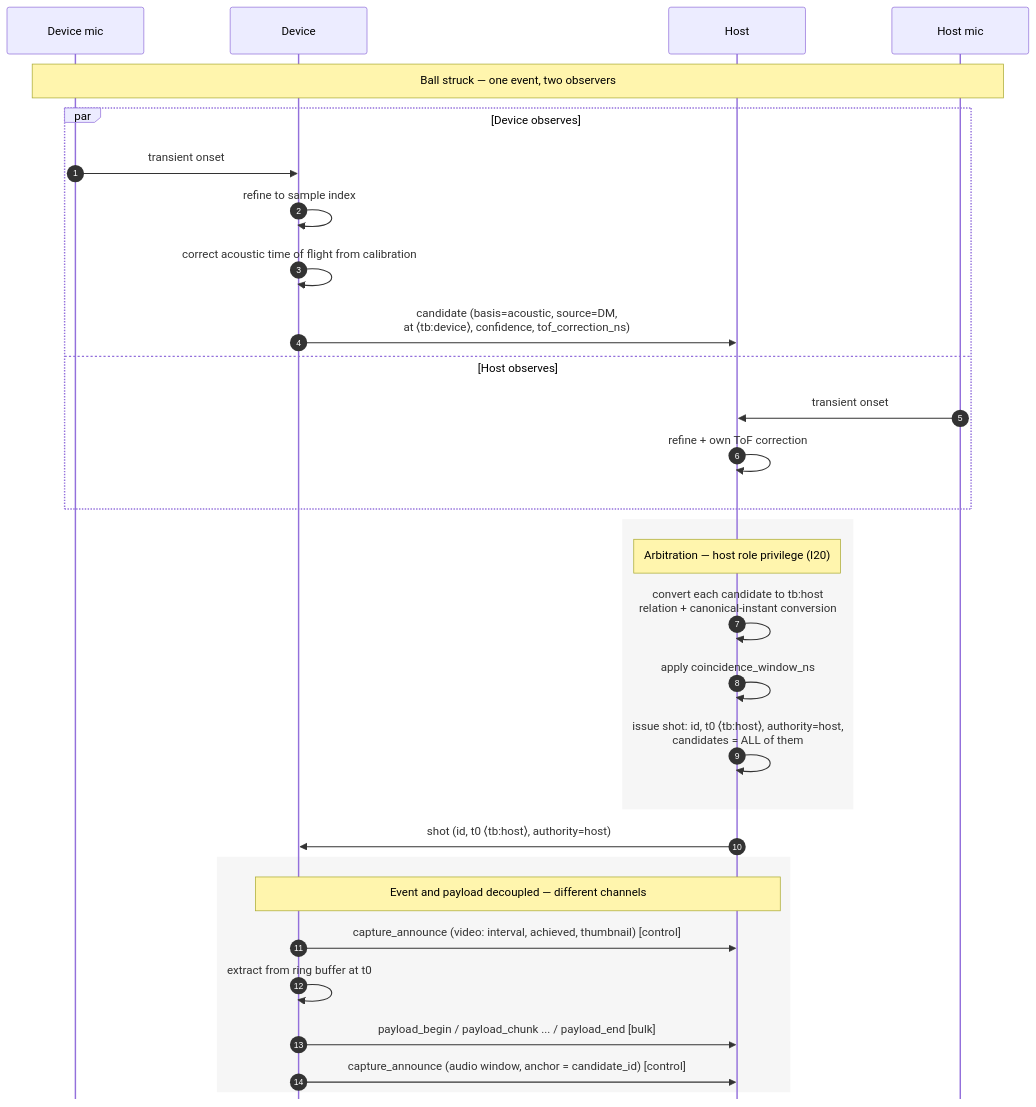
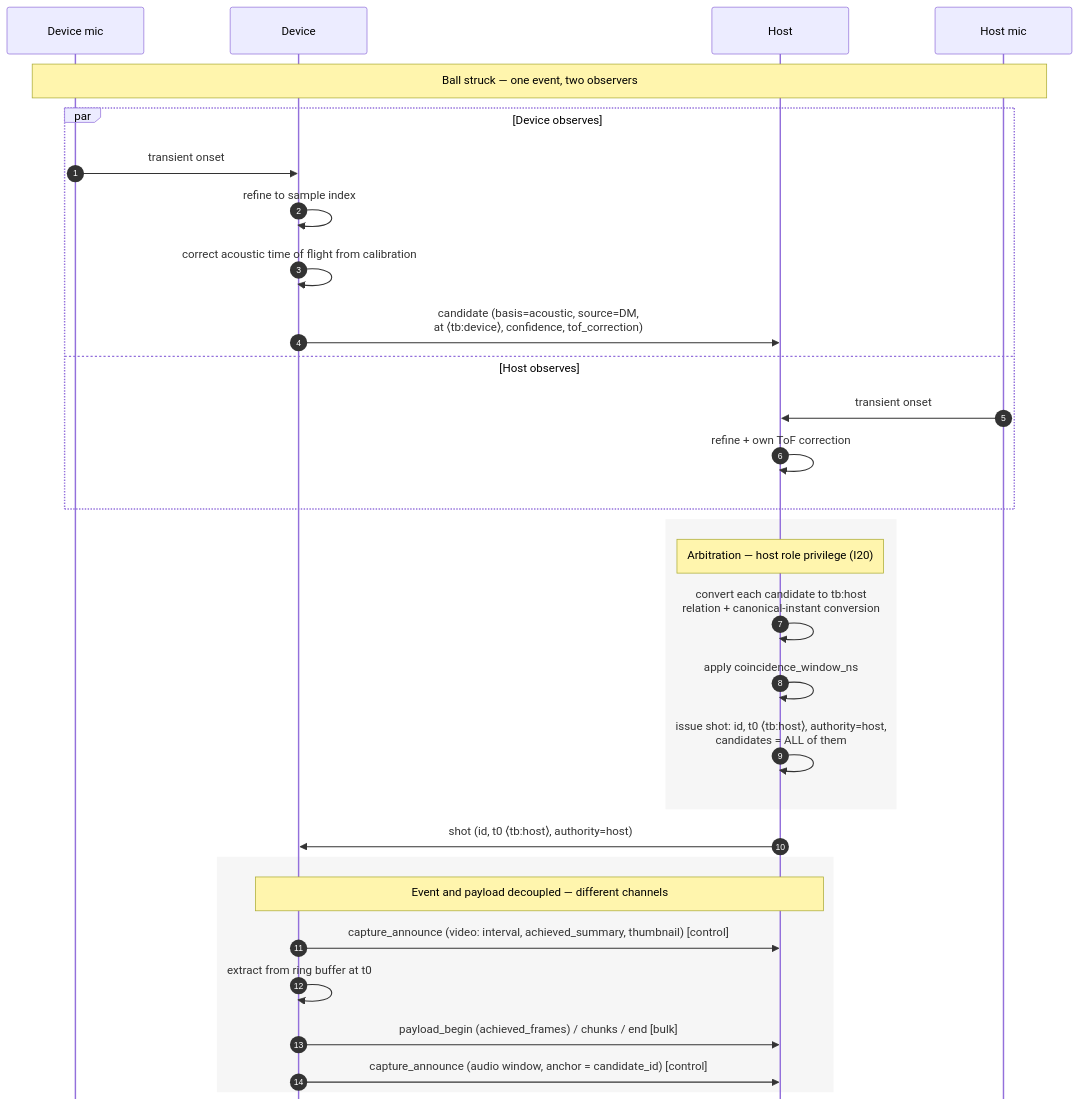
Before and after one commit to PinPoint-Golf/libppcp: the third of 9 diagrams in docs/specification/ppcp-messages.md, drawn with Mermaid. The commit also changed other lines of this file and 9 other files, not shown here.

````diff
--- a/docs/specification/ppcp-messages.md
+++ b/docs/specification/ppcp-messages.md
@@ -718,38 +738,38 @@
 ```mermaid
 %%{init: {'theme':'default','themeVariables':{'fontSize':'17px','actorFontSize':'17px','messageFontSize':'16px','noteFontSize':'15px'},'sequence':{'useMaxWidth':false,'actorMargin':120,'width':190,'boxMargin':14,'noteMargin':14,'messageMargin':45,'mirrorActors':false,'wrap':false}}}%%
 sequenceDiagram
     autonumber
     participant DM as Device mic
     participant D as Device
     participant H as Host
     participant HM as Host mic
 
     Note over DM,HM: Ball struck — one event, two observers
 
     par Device observes
         DM->>D: transient onset
         D->>D: refine to sample index
         D->>D: correct acoustic time of flight from calibration
-        D->>H: candidate (basis=acoustic, source=DM,<br/>at ⟨tb:device⟩, confidence, tof_correction_ns)
+        D->>H: candidate (basis=acoustic, source=DM,<br/>at ⟨tb:device⟩, confidence, tof_correction)
     and Host observes
         HM->>H: transient onset
         H->>H: refine + own ToF correction
     end
 
     rect rgba(128,128,128,0.07)
     Note over H: Arbitration — host role privilege (I20)
     H->>H: convert each candidate to tb:host<br/>relation + canonical-instant conversion
     H->>H: apply coincidence_window_ns
     H->>H: issue shot: id, t0 ⟨tb:host⟩, authority=host,<br/>candidates = ALL of them
     end
 
     H->>D: shot (id, t0 ⟨tb:host⟩, authority=host)
 
     rect rgba(128,128,128,0.07)
     Note over D,H: Event and payload decoupled — different channels
-    D->>H: capture_announce (video: interval, achieved, thumbnail)  [control]
+    D->>H: capture_announce (video: interval, achieved_summary, thumbnail)  [control]
     D->>D: extract from ring buffer at t0
-    D->>H: payload_begin / payload_chunk ... / payload_end  [bulk]
+    D->>H: payload_begin (achieved_frames) / chunks / end  [bulk]
     D->>H: capture_announce (audio window, anchor = candidate_id)  [control]
     end
 ```
````
